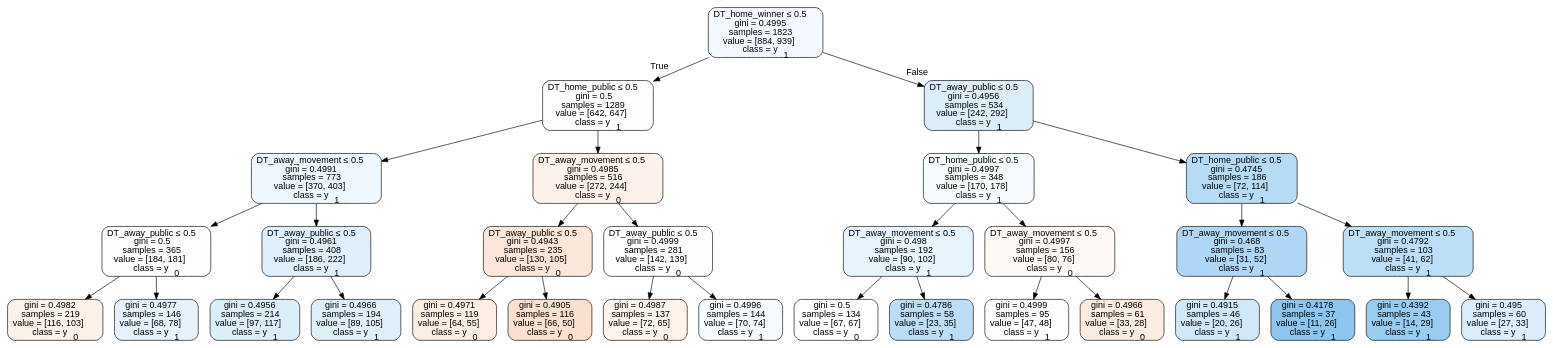
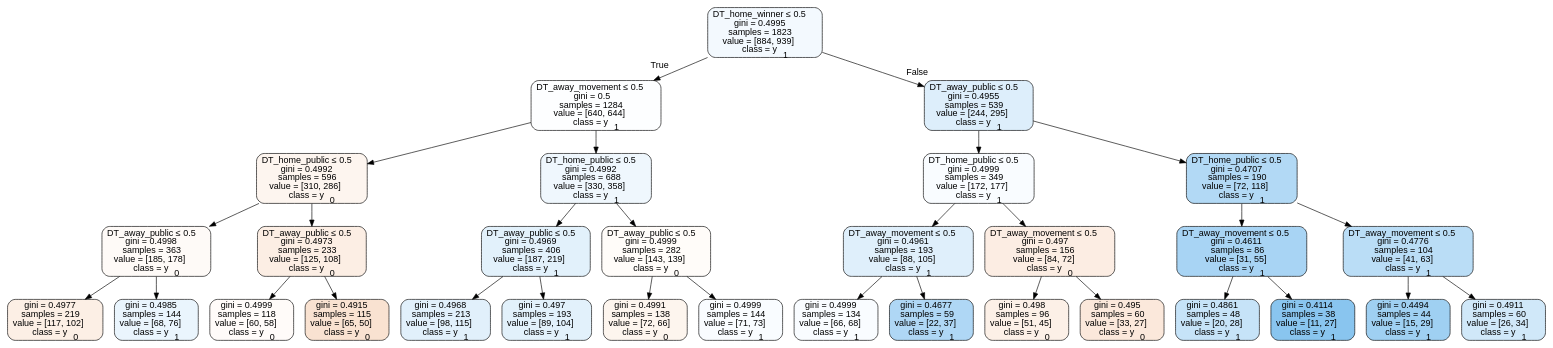
The diagram in tree_data/tree2016neutral.dot (usbogie/ncaa-bets), drawn with Graphviz before and after one commit. The commit also changed 32 other files, not shown here.

```diff
--- a/tree_data/tree2016neutral.dot
+++ b/tree_data/tree2016neutral.dot
@@ -1,65 +1,65 @@
 digraph Tree {
 node [shape=box, style="filled, rounded", color="black", fontname=helvetica] ;
 edge [fontname=helvetica] ;
 0 [label=<DT_home_winner &le; 0.5<br/>gini = 0.4995<br/>samples = 1823<br/>value = [884, 939]<br/>class = y<SUB>1</SUB>>, fillcolor="#399de50f"] ;
-1 [label=<DT_home_public &le; 0.5<br/>gini = 0.5<br/>samples = 1289<br/>value = [642, 647]<br/>class = y<SUB>1</SUB>>, fillcolor="#399de502"] ;
+1 [label=<DT_away_movement &le; 0.5<br/>gini = 0.5<br/>samples = 1284<br/>value = [640, 644]<br/>class = y<SUB>1</SUB>>, fillcolor="#399de502"] ;
 0 -> 1 [labeldistance=2.5, labelangle=45, headlabel="True"] ;
-2 [label=<DT_away_movement &le; 0.5<br/>gini = 0.4991<br/>samples = 773<br/>value = [370, 403]<br/>class = y<SUB>1</SUB>>, fillcolor="#399de515"] ;
+2 [label=<DT_home_public &le; 0.5<br/>gini = 0.4992<br/>samples = 596<br/>value = [310, 286]<br/>class = y<SUB>0</SUB>>, fillcolor="#e5813914"] ;
 1 -> 2 ;
-3 [label=<DT_away_public &le; 0.5<br/>gini = 0.5<br/>samples = 365<br/>value = [184, 181]<br/>class = y<SUB>0</SUB>>, fillcolor="#e5813904"] ;
+3 [label=<DT_away_public &le; 0.5<br/>gini = 0.4998<br/>samples = 363<br/>value = [185, 178]<br/>class = y<SUB>0</SUB>>, fillcolor="#e581390a"] ;
 2 -> 3 ;
-4 [label=<gini = 0.4982<br/>samples = 219<br/>value = [116, 103]<br/>class = y<SUB>0</SUB>>, fillcolor="#e581391d"] ;
+4 [label=<gini = 0.4977<br/>samples = 219<br/>value = [117, 102]<br/>class = y<SUB>0</SUB>>, fillcolor="#e5813921"] ;
 3 -> 4 ;
-5 [label=<gini = 0.4977<br/>samples = 146<br/>value = [68, 78]<br/>class = y<SUB>1</SUB>>, fillcolor="#399de521"] ;
+5 [label=<gini = 0.4985<br/>samples = 144<br/>value = [68, 76]<br/>class = y<SUB>1</SUB>>, fillcolor="#399de51b"] ;
 3 -> 5 ;
-6 [label=<DT_away_public &le; 0.5<br/>gini = 0.4961<br/>samples = 408<br/>value = [186, 222]<br/>class = y<SUB>1</SUB>>, fillcolor="#399de529"] ;
+6 [label=<DT_away_public &le; 0.5<br/>gini = 0.4973<br/>samples = 233<br/>value = [125, 108]<br/>class = y<SUB>0</SUB>>, fillcolor="#e5813923"] ;
 2 -> 6 ;
-7 [label=<gini = 0.4956<br/>samples = 214<br/>value = [97, 117]<br/>class = y<SUB>1</SUB>>, fillcolor="#399de52c"] ;
+7 [label=<gini = 0.4999<br/>samples = 118<br/>value = [60, 58]<br/>class = y<SUB>0</SUB>>, fillcolor="#e5813908"] ;
 6 -> 7 ;
-8 [label=<gini = 0.4966<br/>samples = 194<br/>value = [89, 105]<br/>class = y<SUB>1</SUB>>, fillcolor="#399de527"] ;
+8 [label=<gini = 0.4915<br/>samples = 115<br/>value = [65, 50]<br/>class = y<SUB>0</SUB>>, fillcolor="#e581393b"] ;
 6 -> 8 ;
-9 [label=<DT_away_movement &le; 0.5<br/>gini = 0.4985<br/>samples = 516<br/>value = [272, 244]<br/>class = y<SUB>0</SUB>>, fillcolor="#e581391a"] ;
+9 [label=<DT_home_public &le; 0.5<br/>gini = 0.4992<br/>samples = 688<br/>value = [330, 358]<br/>class = y<SUB>1</SUB>>, fillcolor="#399de514"] ;
 1 -> 9 ;
-10 [label=<DT_away_public &le; 0.5<br/>gini = 0.4943<br/>samples = 235<br/>value = [130, 105]<br/>class = y<SUB>0</SUB>>, fillcolor="#e5813931"] ;
+10 [label=<DT_away_public &le; 0.5<br/>gini = 0.4969<br/>samples = 406<br/>value = [187, 219]<br/>class = y<SUB>1</SUB>>, fillcolor="#399de525"] ;
 9 -> 10 ;
-11 [label=<gini = 0.4971<br/>samples = 119<br/>value = [64, 55]<br/>class = y<SUB>0</SUB>>, fillcolor="#e5813924"] ;
+11 [label=<gini = 0.4968<br/>samples = 213<br/>value = [98, 115]<br/>class = y<SUB>1</SUB>>, fillcolor="#399de526"] ;
 10 -> 11 ;
-12 [label=<gini = 0.4905<br/>samples = 116<br/>value = [66, 50]<br/>class = y<SUB>0</SUB>>, fillcolor="#e581393e"] ;
+12 [label=<gini = 0.497<br/>samples = 193<br/>value = [89, 104]<br/>class = y<SUB>1</SUB>>, fillcolor="#399de525"] ;
 10 -> 12 ;
-13 [label=<DT_away_public &le; 0.5<br/>gini = 0.4999<br/>samples = 281<br/>value = [142, 139]<br/>class = y<SUB>0</SUB>>, fillcolor="#e5813905"] ;
+13 [label=<DT_away_public &le; 0.5<br/>gini = 0.4999<br/>samples = 282<br/>value = [143, 139]<br/>class = y<SUB>0</SUB>>, fillcolor="#e5813907"] ;
 9 -> 13 ;
-14 [label=<gini = 0.4987<br/>samples = 137<br/>value = [72, 65]<br/>class = y<SUB>0</SUB>>, fillcolor="#e5813919"] ;
+14 [label=<gini = 0.4991<br/>samples = 138<br/>value = [72, 66]<br/>class = y<SUB>0</SUB>>, fillcolor="#e5813915"] ;
 13 -> 14 ;
-15 [label=<gini = 0.4996<br/>samples = 144<br/>value = [70, 74]<br/>class = y<SUB>1</SUB>>, fillcolor="#399de50e"] ;
+15 [label=<gini = 0.4999<br/>samples = 144<br/>value = [71, 73]<br/>class = y<SUB>1</SUB>>, fillcolor="#399de507"] ;
 13 -> 15 ;
-16 [label=<DT_away_public &le; 0.5<br/>gini = 0.4956<br/>samples = 534<br/>value = [242, 292]<br/>class = y<SUB>1</SUB>>, fillcolor="#399de52c"] ;
+16 [label=<DT_away_public &le; 0.5<br/>gini = 0.4955<br/>samples = 539<br/>value = [244, 295]<br/>class = y<SUB>1</SUB>>, fillcolor="#399de52c"] ;
 0 -> 16 [labeldistance=2.5, labelangle=-45, headlabel="False"] ;
-17 [label=<DT_home_public &le; 0.5<br/>gini = 0.4997<br/>samples = 348<br/>value = [170, 178]<br/>class = y<SUB>1</SUB>>, fillcolor="#399de50b"] ;
+17 [label=<DT_home_public &le; 0.5<br/>gini = 0.4999<br/>samples = 349<br/>value = [172, 177]<br/>class = y<SUB>1</SUB>>, fillcolor="#399de507"] ;
 16 -> 17 ;
-18 [label=<DT_away_movement &le; 0.5<br/>gini = 0.498<br/>samples = 192<br/>value = [90, 102]<br/>class = y<SUB>1</SUB>>, fillcolor="#399de51e"] ;
+18 [label=<DT_away_movement &le; 0.5<br/>gini = 0.4961<br/>samples = 193<br/>value = [88, 105]<br/>class = y<SUB>1</SUB>>, fillcolor="#399de529"] ;
 17 -> 18 ;
-19 [label=<gini = 0.5<br/>samples = 134<br/>value = [67, 67]<br/>class = y<SUB>0</SUB>>, fillcolor="#e5813900"] ;
+19 [label=<gini = 0.4999<br/>samples = 134<br/>value = [66, 68]<br/>class = y<SUB>1</SUB>>, fillcolor="#399de508"] ;
 18 -> 19 ;
-20 [label=<gini = 0.4786<br/>samples = 58<br/>value = [23, 35]<br/>class = y<SUB>1</SUB>>, fillcolor="#399de557"] ;
+20 [label=<gini = 0.4677<br/>samples = 59<br/>value = [22, 37]<br/>class = y<SUB>1</SUB>>, fillcolor="#399de567"] ;
 18 -> 20 ;
-21 [label=<DT_away_movement &le; 0.5<br/>gini = 0.4997<br/>samples = 156<br/>value = [80, 76]<br/>class = y<SUB>0</SUB>>, fillcolor="#e581390d"] ;
+21 [label=<DT_away_movement &le; 0.5<br/>gini = 0.497<br/>samples = 156<br/>value = [84, 72]<br/>class = y<SUB>0</SUB>>, fillcolor="#e5813924"] ;
 17 -> 21 ;
-22 [label=<gini = 0.4999<br/>samples = 95<br/>value = [47, 48]<br/>class = y<SUB>1</SUB>>, fillcolor="#399de505"] ;
+22 [label=<gini = 0.498<br/>samples = 96<br/>value = [51, 45]<br/>class = y<SUB>0</SUB>>, fillcolor="#e581391e"] ;
 21 -> 22 ;
-23 [label=<gini = 0.4966<br/>samples = 61<br/>value = [33, 28]<br/>class = y<SUB>0</SUB>>, fillcolor="#e5813927"] ;
+23 [label=<gini = 0.495<br/>samples = 60<br/>value = [33, 27]<br/>class = y<SUB>0</SUB>>, fillcolor="#e581392e"] ;
 21 -> 23 ;
-24 [label=<DT_home_public &le; 0.5<br/>gini = 0.4745<br/>samples = 186<br/>value = [72, 114]<br/>class = y<SUB>1</SUB>>, fillcolor="#399de55e"] ;
+24 [label=<DT_home_public &le; 0.5<br/>gini = 0.4707<br/>samples = 190<br/>value = [72, 118]<br/>class = y<SUB>1</SUB>>, fillcolor="#399de563"] ;
 16 -> 24 ;
-25 [label=<DT_away_movement &le; 0.5<br/>gini = 0.468<br/>samples = 83<br/>value = [31, 52]<br/>class = y<SUB>1</SUB>>, fillcolor="#399de567"] ;
+25 [label=<DT_away_movement &le; 0.5<br/>gini = 0.4611<br/>samples = 86<br/>value = [31, 55]<br/>class = y<SUB>1</SUB>>, fillcolor="#399de56f"] ;
 24 -> 25 ;
-26 [label=<gini = 0.4915<br/>samples = 46<br/>value = [20, 26]<br/>class = y<SUB>1</SUB>>, fillcolor="#399de53b"] ;
+26 [label=<gini = 0.4861<br/>samples = 48<br/>value = [20, 28]<br/>class = y<SUB>1</SUB>>, fillcolor="#399de549"] ;
 25 -> 26 ;
-27 [label=<gini = 0.4178<br/>samples = 37<br/>value = [11, 26]<br/>class = y<SUB>1</SUB>>, fillcolor="#399de593"] ;
+27 [label=<gini = 0.4114<br/>samples = 38<br/>value = [11, 27]<br/>class = y<SUB>1</SUB>>, fillcolor="#399de597"] ;
 25 -> 27 ;
-28 [label=<DT_away_movement &le; 0.5<br/>gini = 0.4792<br/>samples = 103<br/>value = [41, 62]<br/>class = y<SUB>1</SUB>>, fillcolor="#399de556"] ;
+28 [label=<DT_away_movement &le; 0.5<br/>gini = 0.4776<br/>samples = 104<br/>value = [41, 63]<br/>class = y<SUB>1</SUB>>, fillcolor="#399de559"] ;
 24 -> 28 ;
-29 [label=<gini = 0.4392<br/>samples = 43<br/>value = [14, 29]<br/>class = y<SUB>1</SUB>>, fillcolor="#399de584"] ;
+29 [label=<gini = 0.4494<br/>samples = 44<br/>value = [15, 29]<br/>class = y<SUB>1</SUB>>, fillcolor="#399de57b"] ;
 28 -> 29 ;
-30 [label=<gini = 0.495<br/>samples = 60<br/>value = [27, 33]<br/>class = y<SUB>1</SUB>>, fillcolor="#399de52e"] ;
+30 [label=<gini = 0.4911<br/>samples = 60<br/>value = [26, 34]<br/>class = y<SUB>1</SUB>>, fillcolor="#399de53c"] ;
 28 -> 30 ;
 }
```
